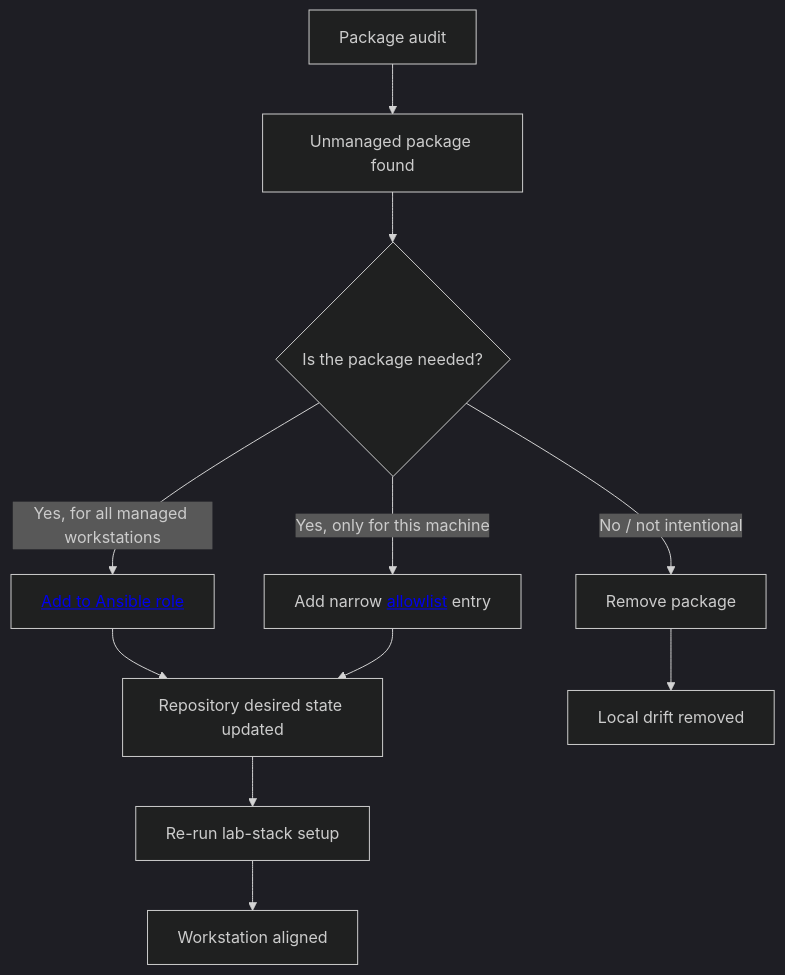
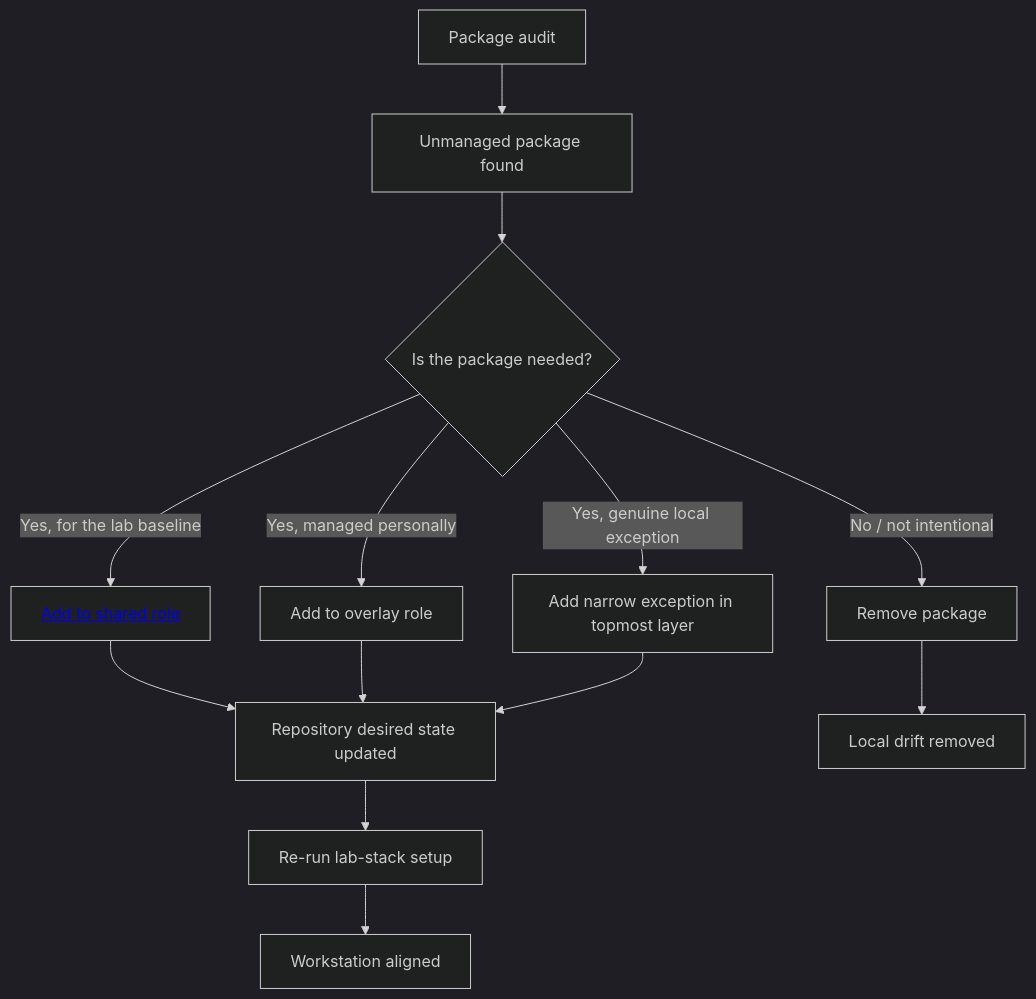
The diagram in docs/update_software.qmd (fs-ise/workstation-setup), drawn with Mermaid (dark theme) before and after one commit. The commit also changed other lines of this file and 15 other files, not shown here.

Commit message:
Support personal Ansible overlay repositories

````diff
--- a/docs/update_software.qmd
+++ b/docs/update_software.qmd
@@ -86,17 +92,19 @@
 ```{mermaid}
 flowchart TD
   A[Package audit] --> F[Unmanaged package found]
 
   F --> Q{Is the package needed?}
 
   Q -->|No / not intentional| R[Remove package]
-  Q -->|Yes, for all managed workstations| M["<a href='https://github.com/fs-ise/workstation-setup/tree/main/roles' target=_blank>Add to Ansible role</a>"]
-  Q -->|Yes, only for this machine| L["Add narrow <a href='https://github.com/fs-ise/workstation-setup/blob/main/group_vars/all/package_audit.yml target=_blank'>allowlist</a> entry"]
+  Q -->|Yes, for the lab baseline| M["<a href='https://github.com/fs-ise/workstation-setup/tree/main/roles' target=_blank>Add to shared role</a>"]
+  Q -->|Yes, managed personally| O[Add to overlay role]
+  Q -->|Yes, genuine local exception| L[Add narrow exception in topmost layer]
 
   M --> DS[Repository desired state updated]
+  O --> DS
   L --> DS
   R --> C[Local drift removed]
 
   DS --> U[Re-run lab-stack setup]
   U --> W[Workstation aligned]
 ```
````
